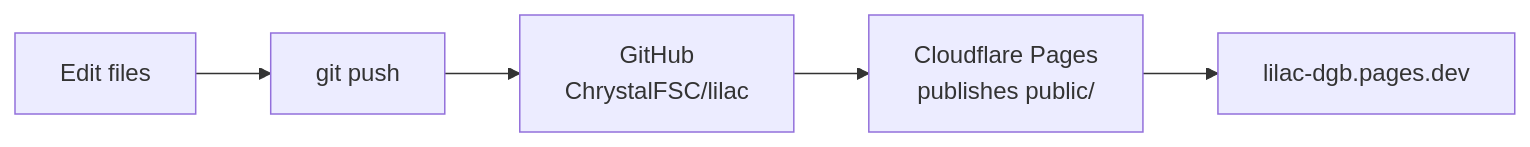
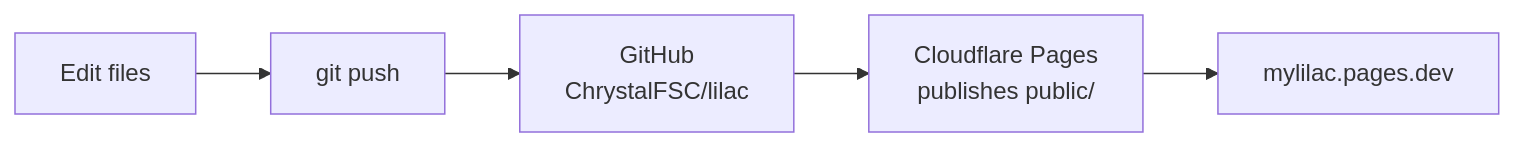
Before and after one commit to ChrystalFSC/lilac: the fifth of 6 diagrams in README.md, drawn with Mermaid. The commit also changed other lines of this file, not shown here.

Commit message:
README: link to the new address mylilac.pages.dev

````diff
--- a/README.md
+++ b/README.md
@@ -177,4 +177,4 @@
 ```mermaid
 flowchart LR
-    A["Edit files"] --> B["git push"] --> C["GitHub<br/>ChrystalFSC/lilac"] --> D["Cloudflare Pages<br/>publishes public/"] --> E["lilac-dgb.pages.dev"]
+    A["Edit files"] --> B["git push"] --> C["GitHub<br/>ChrystalFSC/lilac"] --> D["Cloudflare Pages<br/>publishes public/"] --> E["mylilac.pages.dev"]
 ```
````
